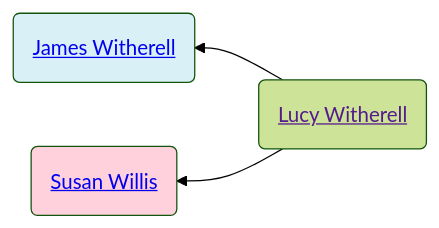
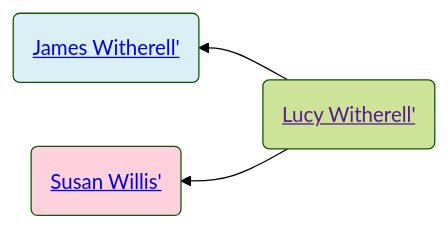
The first of 2 diagrams in familyhistory/sources/people/Merrill-line/Lucy_Witherell.qmd (neelsmith/avocational), drawn with Mermaid (forest theme) before and after one commit. The commit also changed other lines of this file and 102 other files, not shown here.

````diff
--- a/familyhistory/sources/people/Merrill-line/Lucy_Witherell.qmd
+++ b/familyhistory/sources/people/Merrill-line/Lucy_Witherell.qmd
@@ -26,12 +26,12 @@
 ```{mermaid}
 graph RL
 %% RL ancestor diagram
-Lucy_Witherell(<a href=''>Lucy Witherell</>) -->  James_Witherell(<a href='./James_Witherell.html'>James Witherell</>)
+Lucy_Witherell(<a href=''>Lucy Witherell'</>) -->  James_Witherell(<a href='./James_Witherell.html'>James Witherell'</>)
 class James_Witherell father
-Lucy_Witherell(<a href=''>Lucy Witherell</>)  --> Susan_Willis(<a href='./Willis-line/Susan_Willis.html'>Susan Willis</>)
+Lucy_Witherell(<a href=''>Lucy Witherell'</>)  --> Susan_Willis(<a href='./Willis-line/Susan_Willis.html'>Susan Willis'</>)
 class Susan_Willis mother
 classDef mother fill:#ffd1dc
 classDef father fill:#daf0f7  
 classDef marriage fill:#ffffff
 
 ```
````
